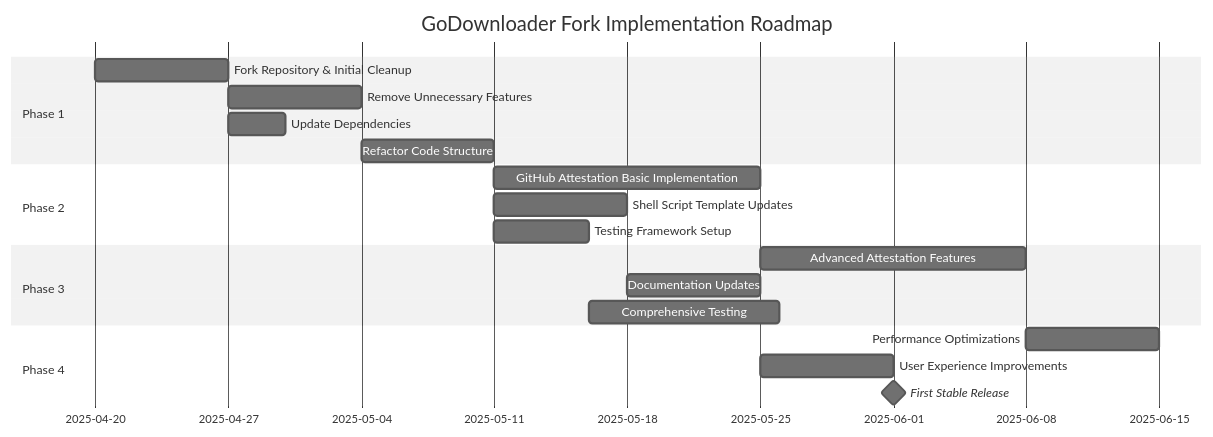
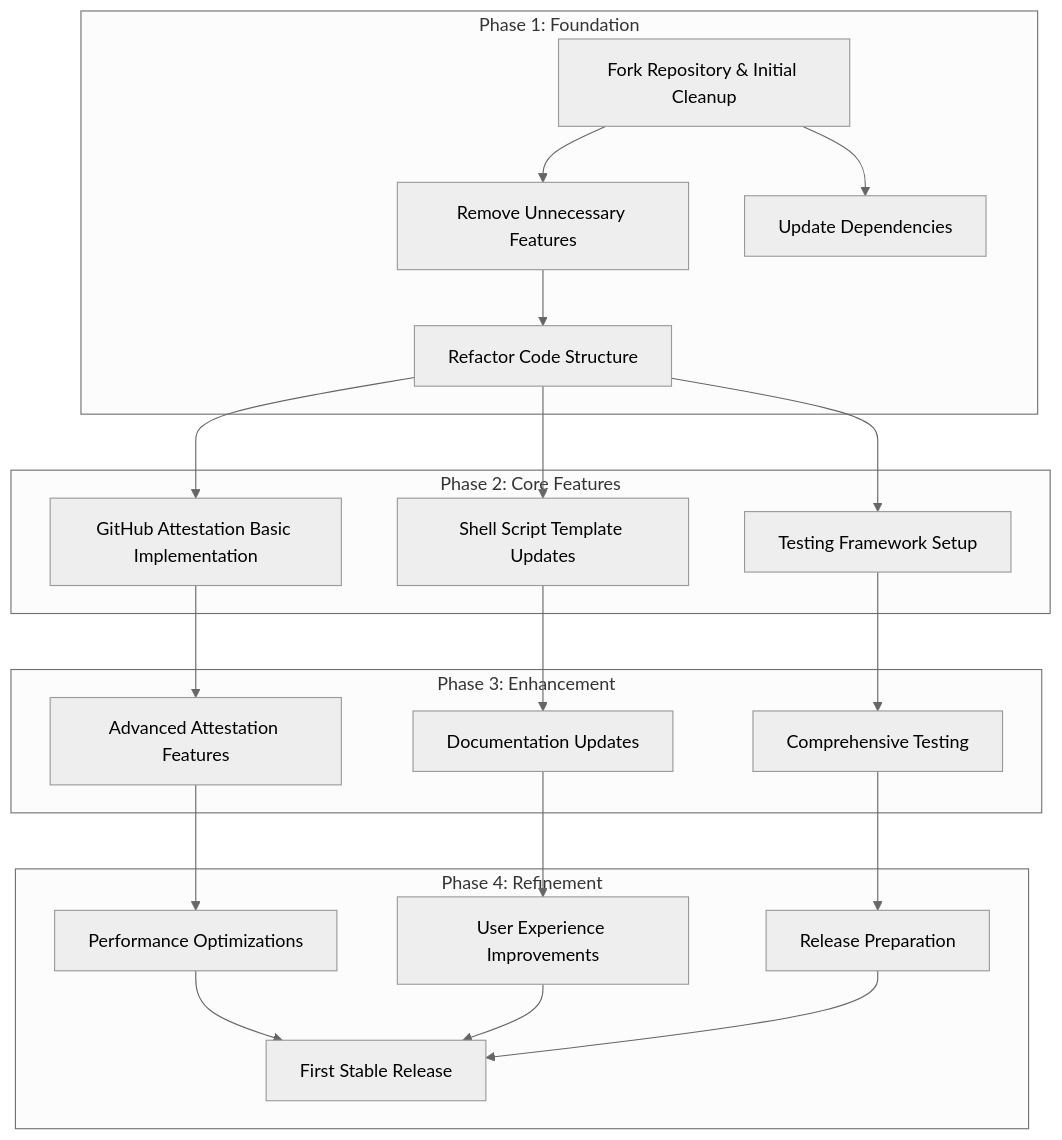
One commit to haya14busa/binstaller changed the diagram in docs/roadmap.md. Above: the diagram before and after it, drawn with Mermaid (neutral theme). The commit also changed other lines of this file, not shown here.

Commit message:
docs: Update roadmap to use checklist format and remove time-related elements

````diff
--- a/docs/roadmap.md
+++ b/docs/roadmap.md
@@ -17,22 +17,42 @@
 ```mermaid
-gantt
-    title GoDownloader Fork Implementation Roadmap
-    dateFormat  YYYY-MM-DD
-    section Phase 1
-    Fork Repository & Initial Cleanup           :a1, 2025-04-20, 7d
-    Remove Unnecessary Features                 :a2, after a1, 7d
-    Update Dependencies                         :a3, after a1, 3d
-    Refactor Code Structure                     :a4, after a2, 7d
-    section Phase 2
-    GitHub Attestation Basic Implementation     :b1, after a4, 14d
-    Shell Script Template Updates               :b2, after a4, 7d
-    Testing Framework Setup                     :b3, after a4, 5d
-    section Phase 3
-    Advanced Attestation Features               :c1, after b1, 14d
-    Documentation Updates                       :c2, after b2, 7d
-    Comprehensive Testing                       :c3, after b3, 10d
-    section Phase 4
-    Performance Optimizations                   :d1, after c1, 7d
-    User Experience Improvements                :d2, after c2, 7d
-    First Stable Release                        :milestone, after d2, 0d
+flowchart TD
+    subgraph Phase1["Phase 1: Foundation"]
+        A1[Fork Repository & Initial Cleanup]
+        A2[Remove Unnecessary Features]
+        A3[Update Dependencies]
+        A4[Refactor Code Structure]
+        A1 --> A2
+        A1 --> A3
+        A2 --> A4
+    end
+    
+    subgraph Phase2["Phase 2: Core Features"]
+        B1[GitHub Attestation Basic Implementation]
+        B2[Shell Script Template Updates]
+        B3[Testing Framework Setup]
+        A4 --> B1
+        A4 --> B2
+        A4 --> B3
+    end
+    
+    subgraph Phase3["Phase 3: Enhancement"]
+        C1[Advanced Attestation Features]
+        C2[Documentation Updates]
+        C3[Comprehensive Testing]
+        B1 --> C1
+        B2 --> C2
+        B3 --> C3
+    end
+    
+    subgraph Phase4["Phase 4: Refinement"]
+        D1[Performance Optimizations]
+        D2[User Experience Improvements]
+        D3[Release Preparation]
+        C1 --> D1
+        C2 --> D2
+        C3 --> D3
+        D1 --> E[First Stable Release]
+        D2 --> E
+        D3 --> E
+    end
 ```
````
